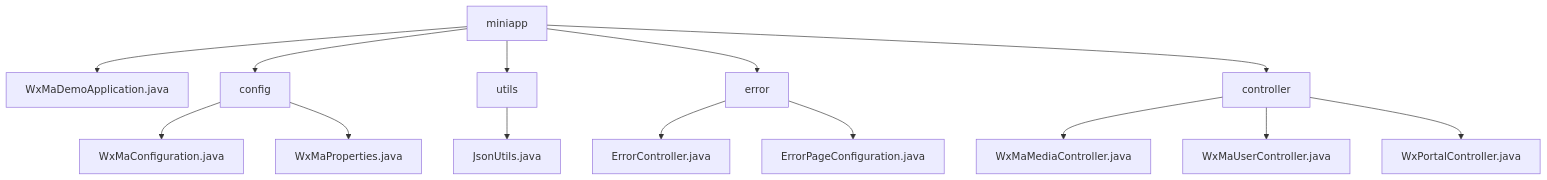
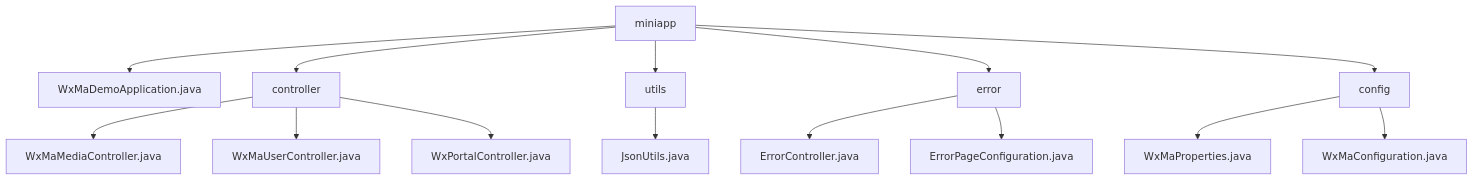
The diagram in docs/en/docs/src/main/java/com/github/binarywang/demo/wx/miniapp/_module.md (v-wjrong/binary_weixin-java-miniapp-demo), drawn with Mermaid before and after one commit. The commit also changed other lines of this file and 50 other files, not shown here.

````diff
--- a/docs/en/docs/src/main/java/com/github/binarywang/demo/wx/miniapp/_module.md
+++ b/docs/en/docs/src/main/java/com/github/binarywang/demo/wx/miniapp/_module.md
@@ -22,16 +22,16 @@
 ```mermaid
 graph TD
     miniapp --> WxMaDemoApplication.java
-    miniapp --> config
+    miniapp --> controller
     miniapp --> utils
     miniapp --> error
-    miniapp --> controller
-    config --> WxMaConfiguration.java
-    config --> WxMaProperties.java
+    miniapp --> config
+    controller --> WxMaMediaController.java
+    controller --> WxMaUserController.java
+    controller --> WxPortalController.java
     utils --> JsonUtils.java
     error --> ErrorController.java
     error --> ErrorPageConfiguration.java
-    controller --> WxMaMediaController.java
-    controller --> WxMaUserController.java
-    controller --> WxPortalController.java
+    config --> WxMaProperties.java
+    config --> WxMaConfiguration.java
 ```
````
